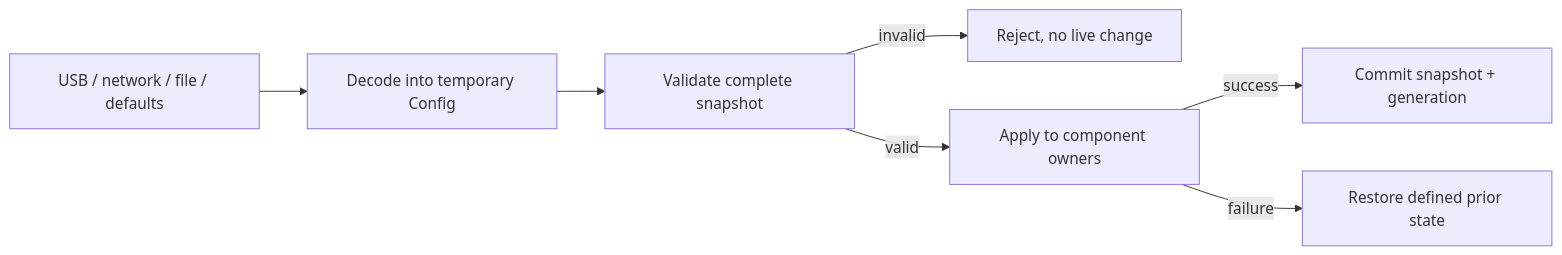
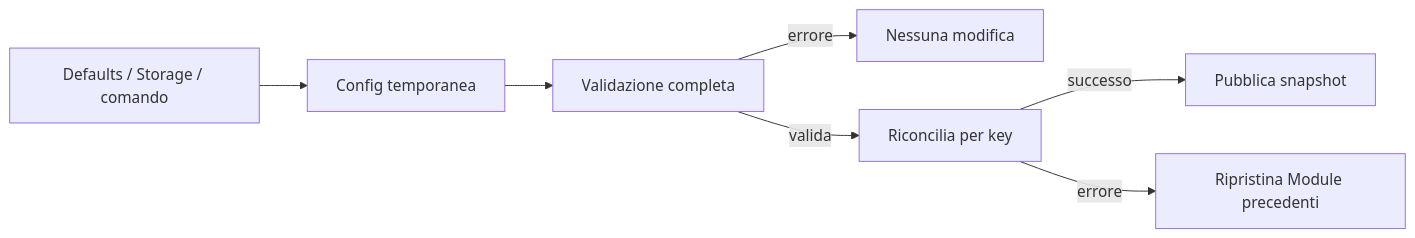
The diagram in Firmware/core/subsys/config/README.md (andreapiccini/SpaghettiLAB), drawn with Mermaid before and after one commit. The commit also changed other lines of this file and 15 other files, not shown here.

````diff
--- a/Firmware/core/subsys/config/README.md
+++ b/Firmware/core/subsys/config/README.md
@@ -134,9 +51,9 @@
 ```mermaid
 flowchart LR
-    INPUT["USB / network / file / defaults"] --> DECODE["Decode into temporary Config"]
-    DECODE --> VALIDATE["Validate complete snapshot"]
-    VALIDATE -->|"invalid"| REJECT["Reject, no live change"]
-    VALIDATE -->|"valid"| APPLY["Apply to component owners"]
-    APPLY -->|"success"| COMMIT["Commit snapshot + generation"]
-    APPLY -->|"failure"| ROLLBACK["Restore defined prior state"]
+    INPUT["Defaults / Storage / comando"] --> TEMP["Config temporanea"]
+    TEMP --> VALIDATE["Validazione completa"]
+    VALIDATE -->|"errore"| REJECT["Nessuna modifica"]
+    VALIDATE -->|"valida"| APPLY["Riconcilia per key"]
+    APPLY -->|"successo"| COMMIT["Pubblica snapshot"]
+    APPLY -->|"errore"| ROLLBACK["Ripristina Module precedenti"]
 ```
````
